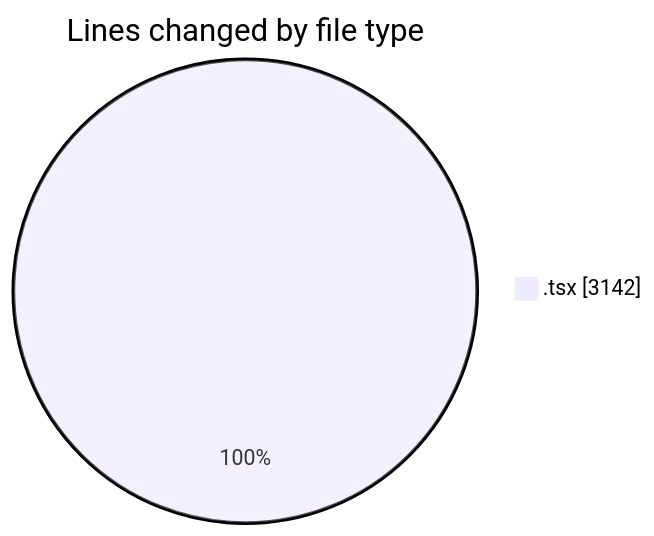
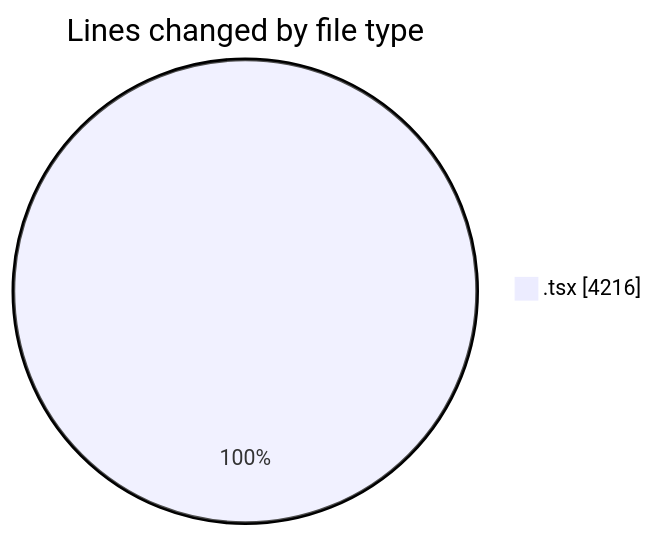
Before and after one commit to nxtqubesakshisongat/code-tracking: the first of 2 diagrams in 2026-03-05/nxtqube_webapp/README.md, drawn with Mermaid. The commit also changed other lines of this file and 1 other file, not shown here.

````diff
--- a/2026-03-05/nxtqube_webapp/README.md
+++ b/2026-03-05/nxtqube_webapp/README.md
@@ -22,5 +23,5 @@
 ```mermaid
 pie showData
 title Lines changed by file type
-".tsx" : 3142
+".tsx" : 4216
 ```
````
